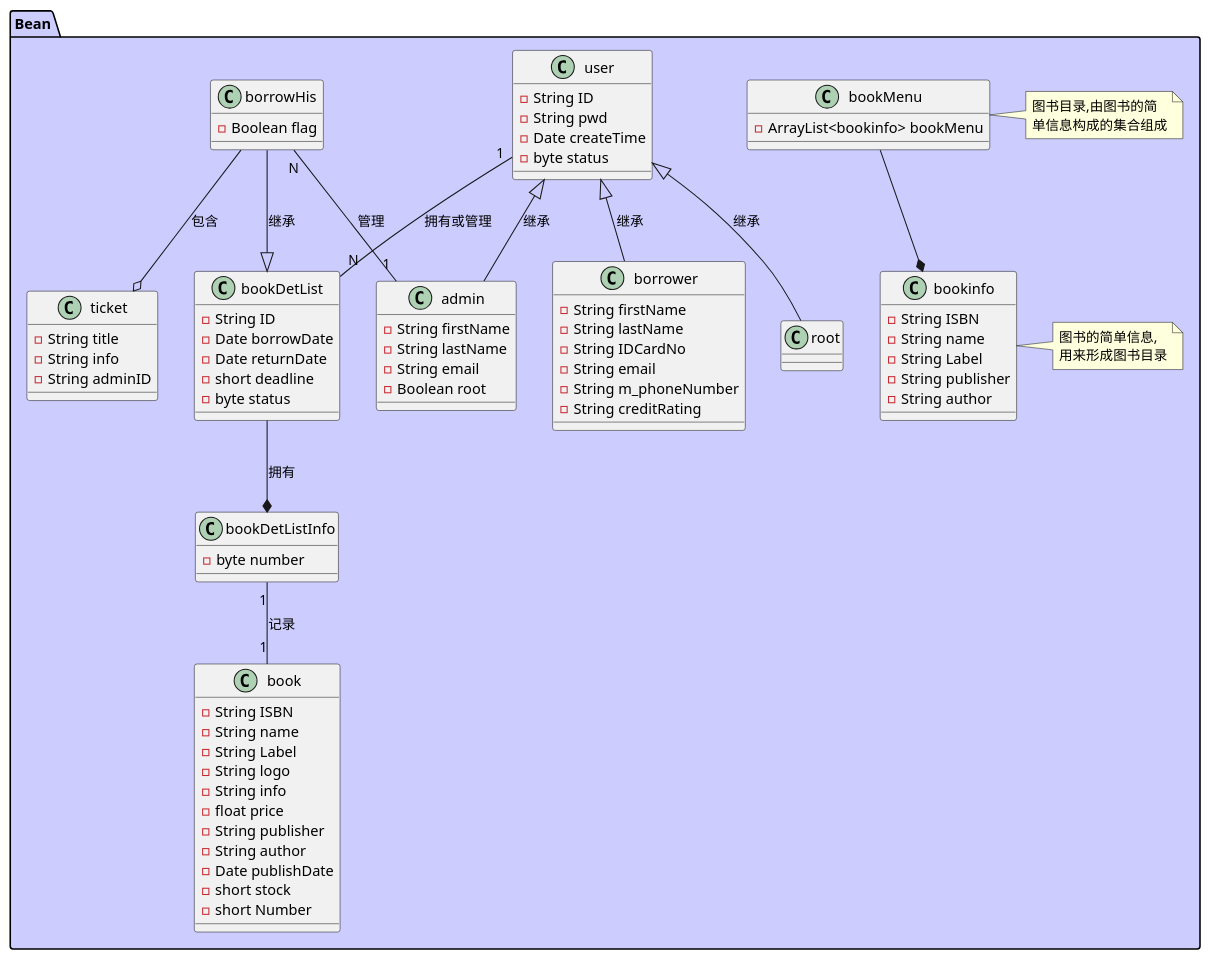
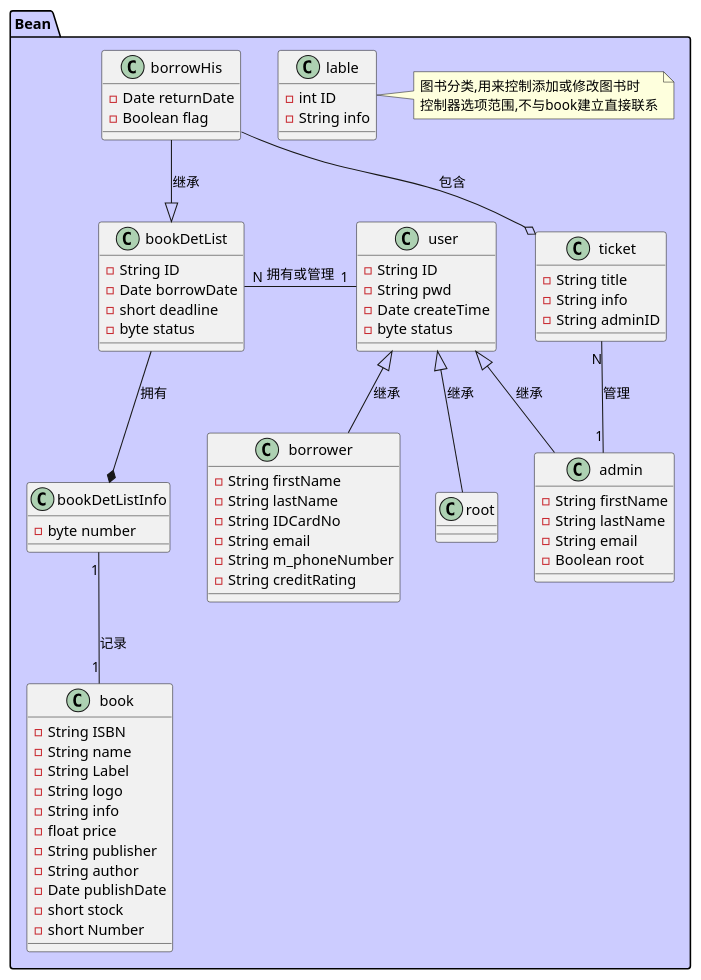
One commit to 201610414130/is_analysis-4 changed the diagram in test3/classView.pu. Above: the diagram before and after it, drawn with PlantUML. The commit also changed 9 other files, not shown here.

```diff
--- a/test3/classView.pu
+++ b/test3/classView.pu
@@ -1,138 +1,143 @@
 @startuml classView_v2
 ' 由于继承关系,未覆盖的属性或方法不再列出
 ' 由于篇幅关系,省略类的set/get方法
 package Bean #ccf{
     class user{
         -String ID
         -String pwd
         -Date createTime
         -byte status
     }
     class borrower{
         -String firstName
         -String lastName
         -String IDCardNo
         -String email
         -String m_phoneNumber
         -String creditRating
     }
     class admin{
         -String firstName
         -String lastName
         -String email
         -Boolean root
     }
     class root{
 
     }
     borrower -up-|> user:继承
     admin -up-|> user:继承
     root -up-|> user:继承
 
-    class bookinfo{
-        -String ISBN
-        -String name
-        -String Label
-        -String publisher
-        -String author
-    }
-    note right: 图书的简单信息,\n用来形成图书目录
+    ' class bookinfo{
+    '     -String ISBN
+    '     -String name
+    '     -String Label
+    '     -String publisher
+    '     -String author
+    ' }
+    ' note right: 图书的简单信息,\n用来形成图书目录
 
-    class bookMenu{
-        -ArrayList<bookinfo> bookMenu
-    }
-    note right: 图书目录,由图书的简\n单信息构成的集合组成
-    bookMenu --* bookinfo
+    ' class bookMenu{
+    '     -ArrayList<bookinfo> bookMenu
+    ' }
+    ' note right: 图书目录,由图书的简\n单信息构成的集合组成
+    ' bookMenu --* bookinfo
     class book{
         -String ISBN
         -String name
         -String Label
         -String logo
         -String info
         -float price
         -String publisher
         -String author
         -Date publishDate
         -short stock
         -short Number
     }
     class bookDetList{
         -String ID
         -Date borrowDate
-        -Date returnDate
         -short deadline
         -byte status
     }
     class bookDetListInfo{
         -byte number
     }
     class borrowHis{
+        -Date returnDate
         -Boolean flag
     }
     class ticket{
         -String title
         -String info
         -String adminID
     }
+    class lable{
+        -int ID
+        -String info
+    }
+    note right: 图书分类,用来控制添加或修改图书时\n控制器选项范围,不与book建立直接联系
     bookDetListInfo "1" -- "1" book:记录
     bookDetList "N" -left- "1" user:拥有或管理
-    borrowHis "N" -- "1" admin:管理
+    ticket "N" -- "1" admin:管理
     borrowHis --|> bookDetList:继承
     bookDetList --* bookDetListInfo:拥有
     borrowHis --o ticket:包含
 }
 ' 不需要用例中的方法,故去掉.
 ' package serivce #cfc{
 '     class userSerivce{
 '         {abstract}+void register(User user)
 '         {abstract}+User login(User user)
 '         +void logout(User user)
 '         {abstract}+byte getEffectiveDate(User user)
 '         +List queryBooks(Book book)
 '     }
 '     class borrowerSerivce{
 '         +List getBookDetLists(Borrower borrower)
 '         +List getBorrowHies(Borrower borrower)
 '         +List getTickets(Borrower borrower)
 '         +List updateInfo(Borrower borrower)
 '     }
 '     class adminSerivce{
 '         +Borrower queryBorrower(Borrower borrower)
 '         +void addBookDetList(BookDetList bookDetList)
 '         +void transToBorrowHis(BookDetList bookDetList\n ,Boolean tic,Ticket ticket)
 '         +void Renew(BookDetList bookDetList)
 '         +void weiteTicket(Ticket ticket)
 '         +void updateCreditRating(Borrower borrower)
 '         +boolean getRoot(String rpwd)
 '         ..↓需要获取root权限↓..
 '         +void updateBookDetList(BookDetList bookDetList)
 '         +void deleteBookDetList(BookDetList bookDetList)
 '         +void updateBorrowHis(BorrowHis borrowHis)
 '         +void deleteBorrowHis(BorrowHis borrowHis)
 '         +void updateTicket(Ticket ticket)
 '         +void deleteTicket(Ticket ticket)
 '     }
 '     class bookSerivce{
 '         +List getbookList()
 '         +List getbooksByLabel(String Lable)
 '         +book getBookByISBN(String ISBN)
 '         +List getBookmenu()
 '         +void addBook(Book book)
 '         ..↓需要获取root权限↓..
 '         +void updateBookmenu(List book)
 '         +void deleteBook(Book book)
 '         +void updateBook(Book book)
 '     }
 '     class rootService{
 '         +管理读者()
 '         +管理图书管理员()
 '         +void updateUserstatus(User user)
 '     }
 '     borrowerSerivce -up-|>userSerivce:继承
 '     adminSerivce -up-|>userSerivce:继承
 ' }
 ' admin -> bookSerivce:使用?
 ' admin -> adminSerivce:使用?
 ' borrower -> borrowerSerivce:使用?
 ' root -> serivce:都能用?
 @enduml
```
